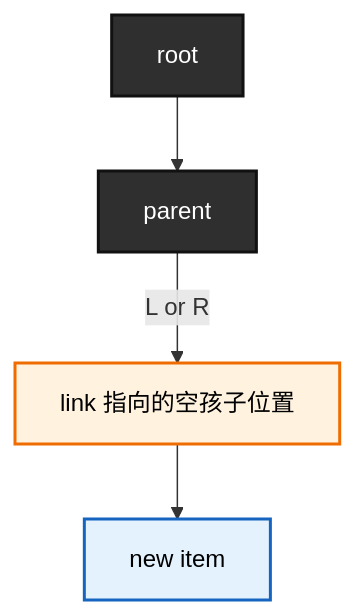
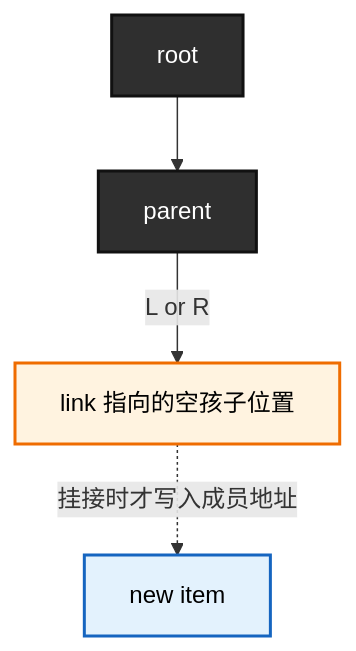
Diagram 18 of 30 in knowledge/linux/data_structures/红黑树_rb-tree/P37_构建rbtree调用者接口.md (FormingSystem/linux_note), drawn with Mermaid before and after one commit. The commit also changed other lines of this file and 2 other files, not shown here.

````diff
--- a/knowledge/linux/data_structures/红黑树_rb-tree/P37_构建rbtree调用者接口.md
+++ b/knowledge/linux/data_structures/红黑树_rb-tree/P37_构建rbtree调用者接口.md
@@ -1419,19 +1415,19 @@
 ```mermaid
 graph TD
 	root["root"]
 	parent_node["parent"]
 	link_slot["link 指向的空孩子位置"]
 	new_item["new item"]
 
 	root --> parent_node
 	parent_node -->|L or R| link_slot
-	link_slot --> new_item
+	link_slot -.挂接时才写入成员地址.-> new_item
 
 	classDef rb fill:#2f2f2f,stroke:#111,color:#fff,stroke-width:2px;
 	classDef slot fill:#fff3e0,stroke:#ef6c00,color:#000,stroke-width:2px;
 	classDef item fill:#e3f2fd,stroke:#1565c0,color:#000,stroke-width:2px;
 
 	class root,parent_node rb;
 	class link_slot slot;
 	class new_item item;
 ```
````
